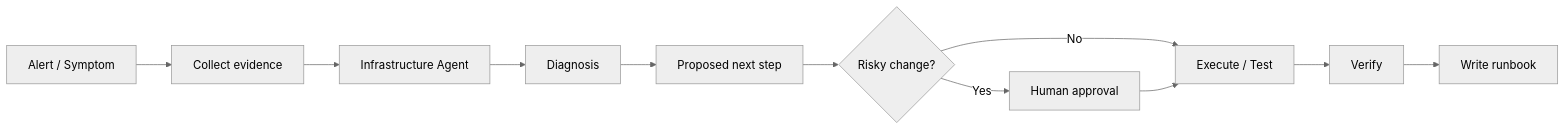
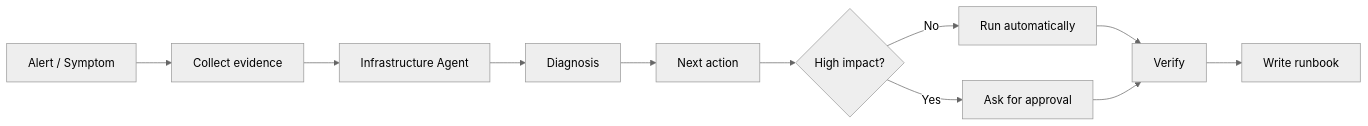
One commit to p0ki/personal-ai-infrastructure changed the second of 3 diagrams in WORKFLOWS.md. Above: the diagram before and after it, drawn with Mermaid (neutral theme). The commit also changed other lines of this file, not shown here.

````diff
--- a/WORKFLOWS.md
+++ b/WORKFLOWS.md
@@ -48,13 +46,13 @@
 ```mermaid
 flowchart LR
     A[Alert / Symptom] --> C[Collect evidence]
     C --> I[Infrastructure Agent]
     I --> D[Diagnosis]
-    D --> P[Proposed next step]
-    P --> H{Risky change?}
-    H -->|Yes| U[Human approval]
-    H -->|No| X[Execute / Test]
-    U --> X
-    X --> V[Verify]
-    V --> R[Write runbook]
+    D --> N[Next action]
+    N --> R{High impact?}
+    R -->|No| AUTO[Run automatically]
+    R -->|Yes| H[Ask for approval]
+    AUTO --> V[Verify]
+    H --> V
+    V --> DOC[Write runbook]
 ```
````
